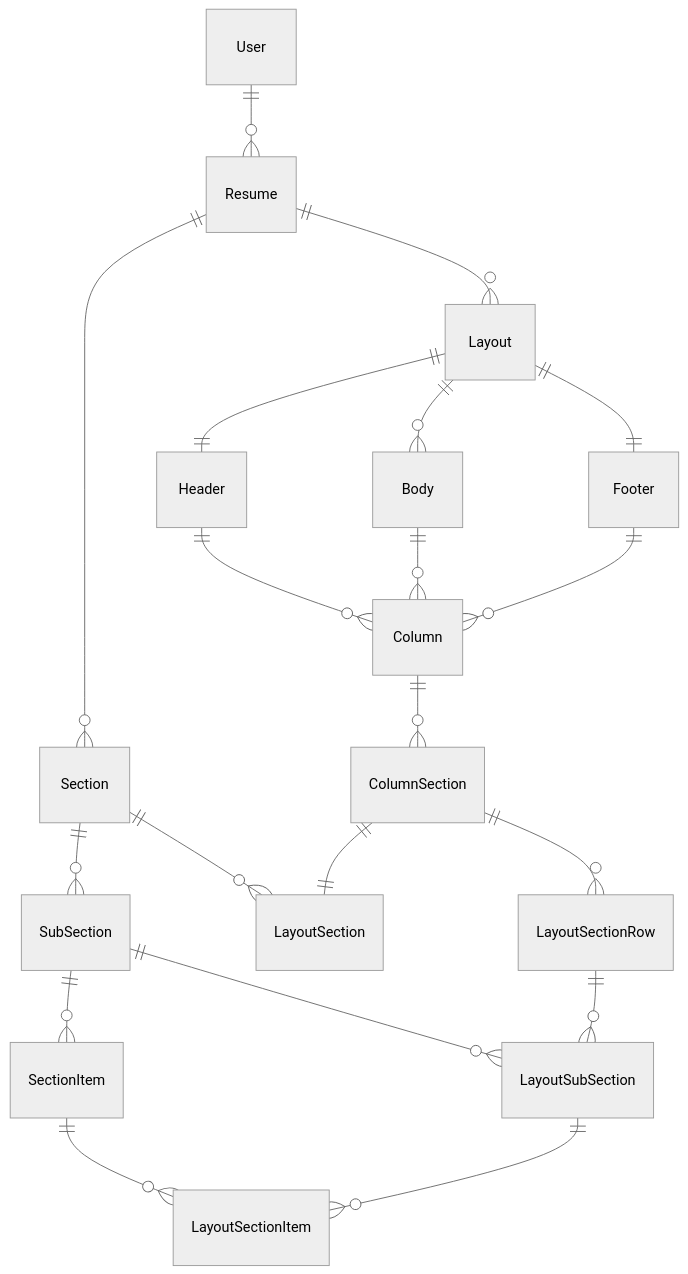
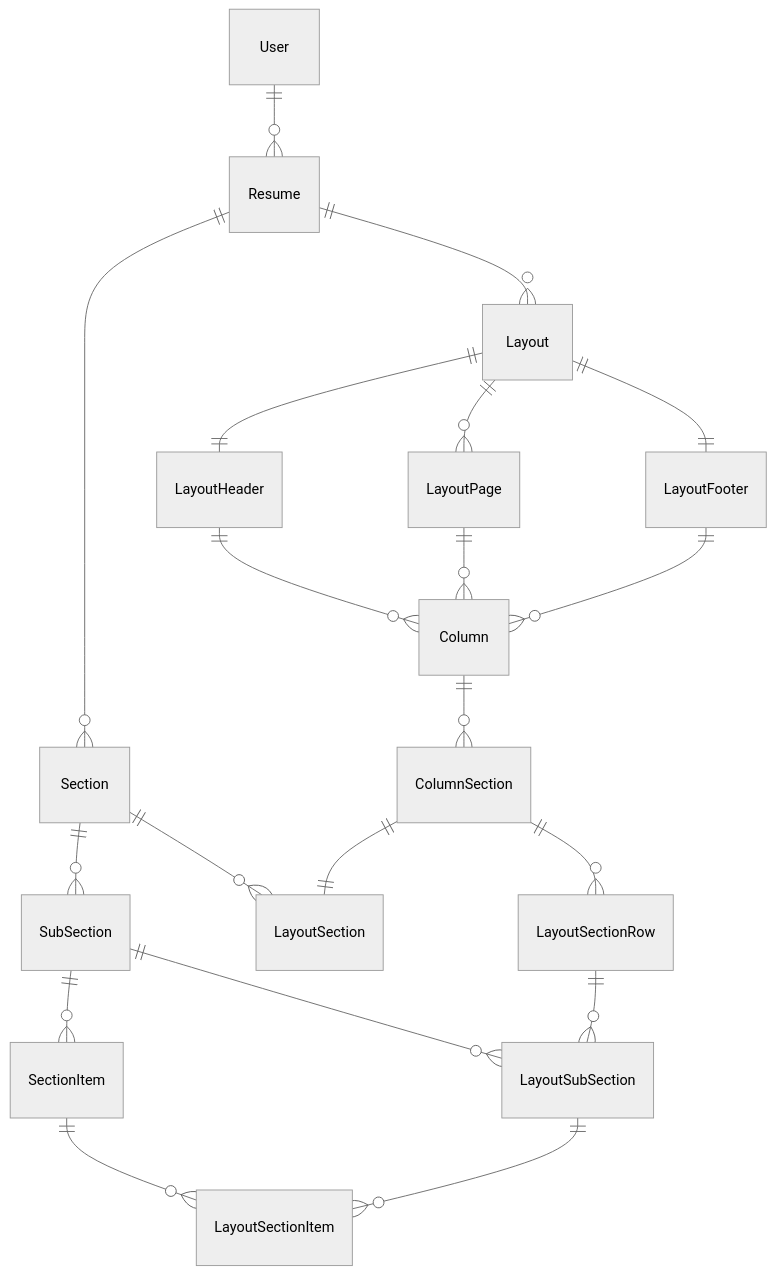
Before and after one commit to Guillaumecoi/Resume-builder: the diagram in doc/model.md, drawn with Mermaid (neutral theme). The commit also changed 57 other files, not shown here.

````diff
--- a/doc/model.md
+++ b/doc/model.md
@@ -8,22 +8,22 @@
 ```mermaid
 erDiagram
     User ||--o{ Resume : ""
     Resume ||--o{ Section : ""
     Resume ||--o{ Layout : ""
     Section ||--o{ SubSection : ""
     Section ||--o{ LayoutSection : ""
     SubSection ||--o{ SectionItem : ""
     SubSection ||--o{ LayoutSubSection : ""
     SectionItem ||--o{ LayoutSectionItem : ""
-    Layout ||--|| Header : ""
-    Layout ||--o{ Body : ""
-    Layout ||--|| Footer : ""
-    Header ||--o{ Column : ""
-    Body ||--o{ Column : ""
-    Footer ||--o{ Column : ""
+    Layout ||--|| LayoutHeader : ""
+    Layout ||--o{ LayoutPage : ""
+    Layout ||--|| LayoutFooter : ""
+    LayoutHeader ||--o{ Column : ""
+    LayoutPage ||--o{ Column : ""
+    LayoutFooter ||--o{ Column : ""
     Column ||--o{ ColumnSection : ""
     ColumnSection ||--|| LayoutSection : ""
     ColumnSection ||--o{ LayoutSectionRow : ""
     LayoutSectionRow ||--o{ LayoutSubSection : ""
     LayoutSubSection ||--o{ LayoutSectionItem : ""
 ```
````
